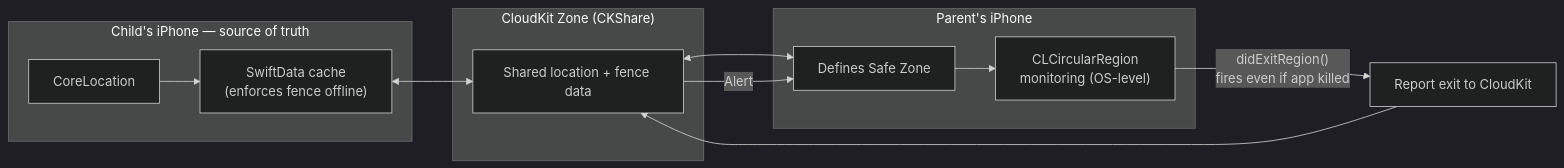
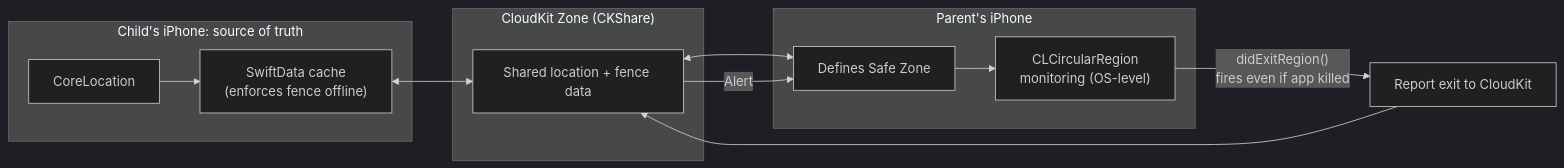
One commit to storyofhis/maula.zee changed the third of 3 diagrams in content/projects/scouters-apple-challenge-4.md. Above: the diagram before and after it, drawn with Mermaid (dark theme). The commit also changed other lines of this file and 32 other files, not shown here.

````diff
--- a/content/projects/scouters-apple-challenge-4.md
+++ b/content/projects/scouters-apple-challenge-4.md
@@ -185,18 +185,18 @@
 ```mermaid
 flowchart LR
-    subgraph Child["Child's iPhone — source of truth"]
+    subgraph Child["Child's iPhone: source of truth"]
         CL["CoreLocation"] --> Cache["SwiftData cache\n(enforces fence offline)"]
     end
     subgraph Cloud["CloudKit Zone (CKShare)"]
         Zone["Shared location + fence data"]
     end
     subgraph Parent["Parent's iPhone"]
         Define["Defines Safe Zone"] --> Region["CLCircularRegion\nmonitoring (OS-level)"]
     end
 
     Cache <--> Zone
     Zone <--> Define
     Region -->|"didExitRegion()\nfires even if app killed"| Report["Report exit to CloudKit"]
     Report --> Zone
     Zone -->|Alert| Define
 ```
````
